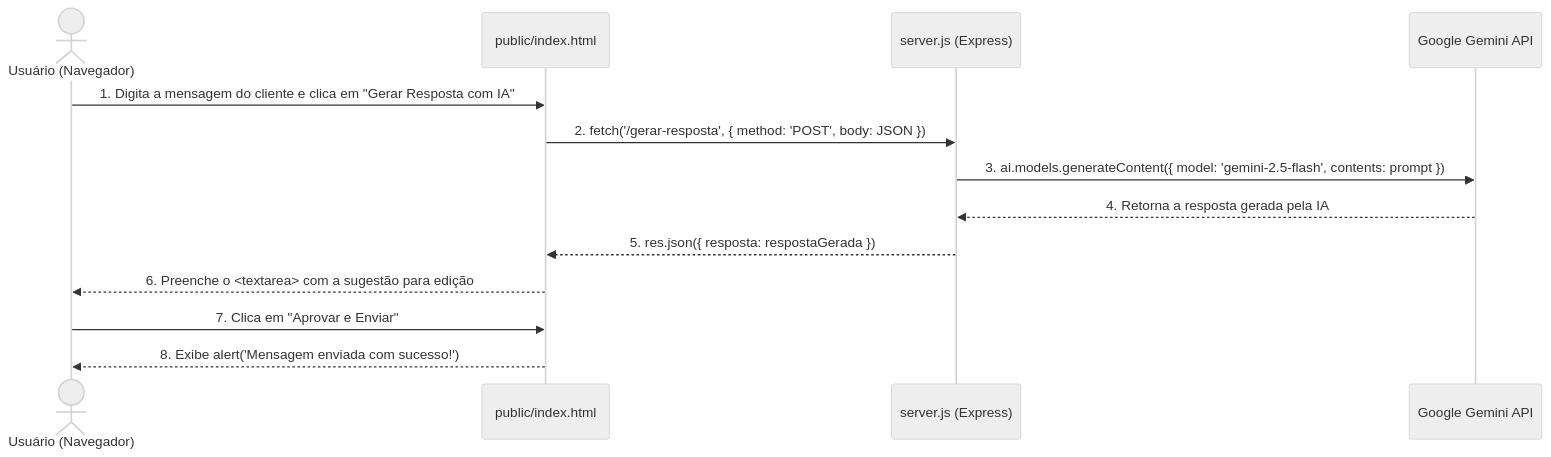
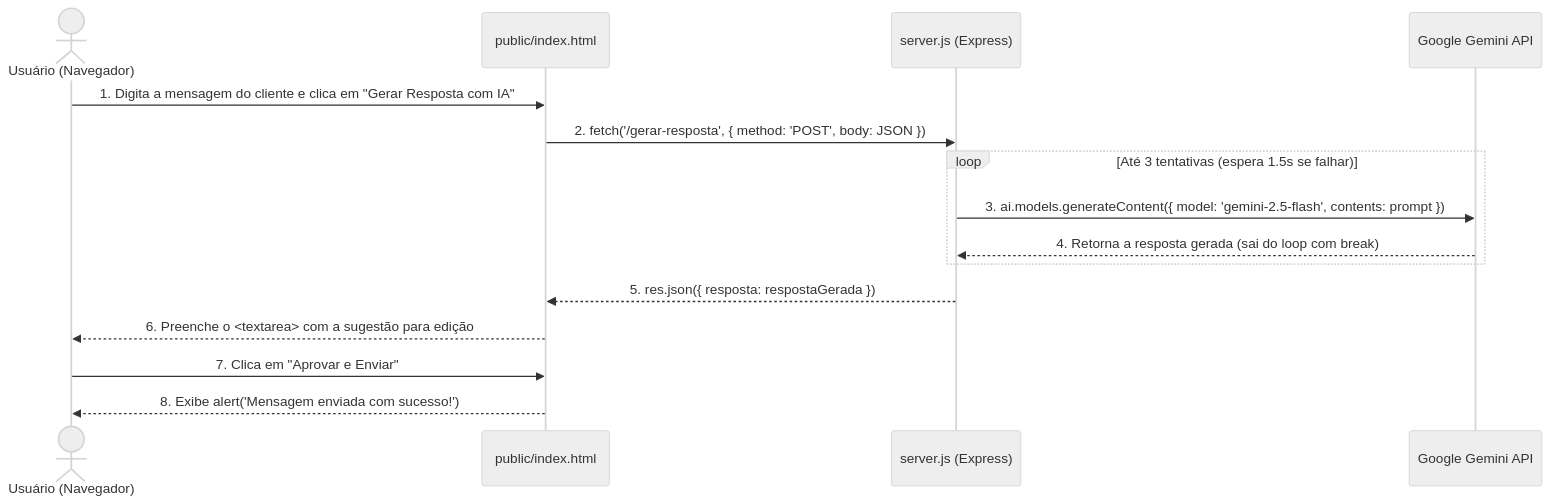
One commit to gabrixlzdev/WhatsApp-AI-Approval-Panel changed the diagram in README.md. Above: the diagram before and after it, drawn with Mermaid (neutral theme). The commit also changed other lines of this file and 1 other file, not shown here.

Commit message:
feat: adiciona retry automatico na chamada do Gemini e atualiza documentacao

````diff
--- a/README.md
+++ b/README.md
@@ -134,16 +135,18 @@
 ```mermaid
 sequenceDiagram
     actor Usuario as Usuário (Navegador)
     participant Frontend as public/index.html
     participant Backend as server.js (Express)
     participant Gemini as Google Gemini API
 
     Usuario->>Frontend: 1. Digita a mensagem do cliente e clica em "Gerar Resposta com IA"
     Frontend->>Backend: 2. fetch('/gerar-resposta', { method: 'POST', body: JSON })
-    Backend->>Gemini: 3. ai.models.generateContent({ model: 'gemini-2.5-flash', contents: prompt })
-    Gemini-->>Backend: 4. Retorna a resposta gerada pela IA
+    loop Até 3 tentativas (espera 1.5s se falhar)
+        Backend->>Gemini: 3. ai.models.generateContent({ model: 'gemini-2.5-flash', contents: prompt })
+        Gemini-->>Backend: 4. Retorna a resposta gerada (sai do loop com break)
+    end
     Backend-->>Frontend: 5. res.json({ resposta: respostaGerada })
     Frontend-->>Usuario: 6. Preenche o <textarea> com a sugestão para edição
     Usuario->>Frontend: 7. Clica em "Aprovar e Enviar"
     Frontend-->>Usuario: 8. Exibe alert('Mensagem enviada com sucesso!')
 ```
````
